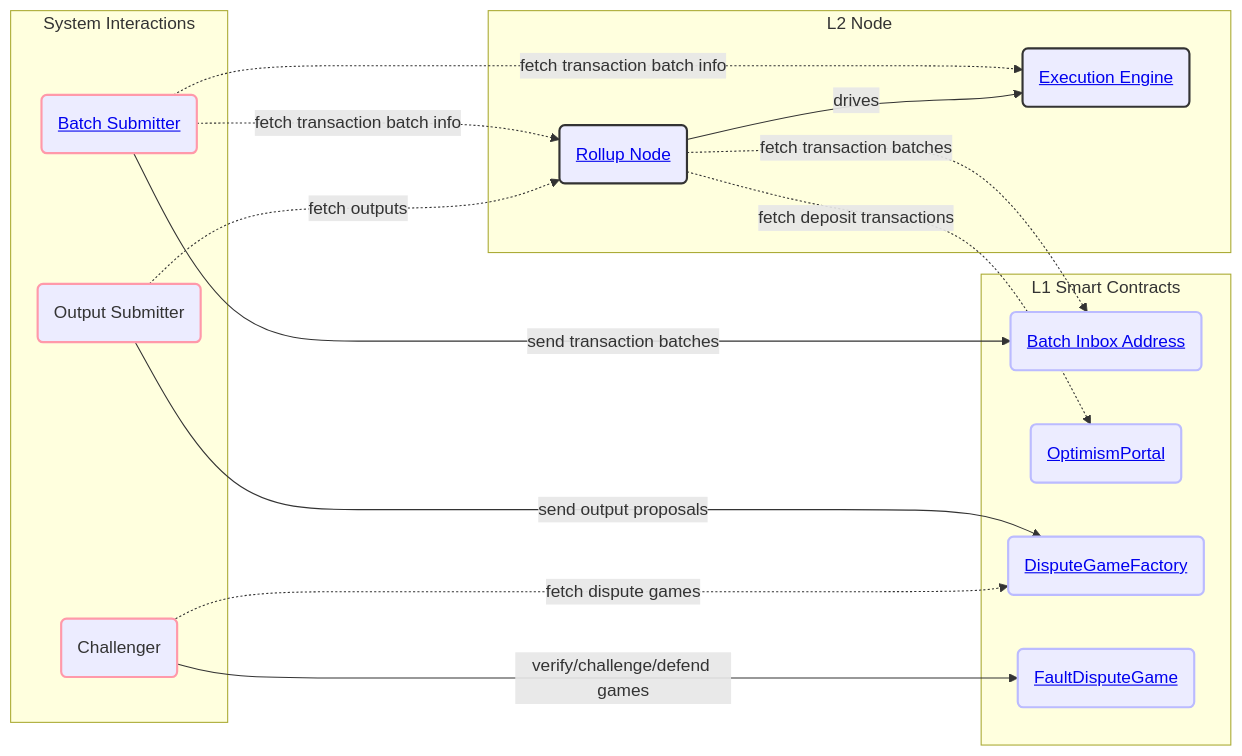
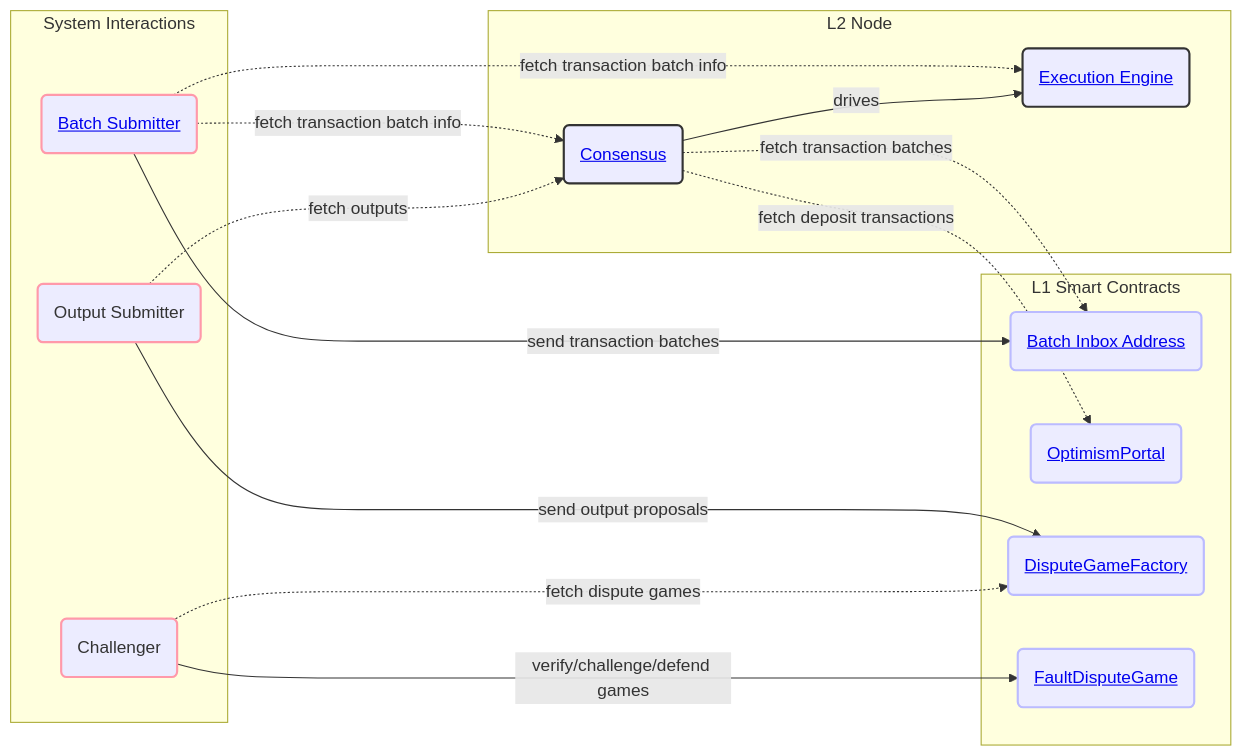
Before and after one commit to base/base: the seventh of 7 diagrams in docs/specs/pages/protocol/overview.md, drawn with Mermaid. The commit also changed other lines of this file and 81 other files, not shown here.

````diff
--- a/docs/specs/pages/protocol/overview.md
+++ b/docs/specs/pages/protocol/overview.md
@@ -409,42 +409,42 @@
 ```mermaid
 graph LR
     subgraph "L2 Node"
-        RollupNode(<a href="./rollup-node.html">Rollup Node</a>)
+        RollupNode(<a href="./consensus/">Consensus</a>)
         ExecutionEngine(<a href="./exec-engine.html">Execution Engine</a>)
     end
 
     subgraph "System Interactions"
         BatchSubmitter(<a href="./batcher.html">Batch Submitter</a>)
         OutputSubmitter(Output Submitter)
         Challenger(Challenger)
     end
 
     subgraph "L1 Smart Contracts"
-        BatchDataEOA(<a href="../glossary.html#batcher-transaction">Batch Inbox Address</a>)
+        BatchDataEOA(<a href="../reference/glossary.html#batcher-transaction">Batch Inbox Address</a>)
         OptimismPortal(<a href="./withdrawals.html#the-optimism-portal-contract">OptimismPortal</a>)
-        DisputeGameFactory(<a href="../fault-proof/stage-one/dispute-game-interface.html#disputegamefactory-interface">DisputeGameFactory</a>)
-        FaultDisputeGame(<a href="../fault-proof/stage-one/fault-dispute-game.html">FaultDisputeGame</a>)
+        DisputeGameFactory(<a href="./fault-proof/stage-one/dispute-game-interface.html#disputegamefactory-interface">DisputeGameFactory</a>)
+        FaultDisputeGame(<a href="./fault-proof/stage-one/fault-dispute-game.html">FaultDisputeGame</a>)
     end
 
     BatchSubmitter -.->|fetch transaction batch info| RollupNode
     BatchSubmitter -.->|fetch transaction batch info| ExecutionEngine
     BatchSubmitter -->|send transaction batches| BatchDataEOA
 
     RollupNode -.->|fetch transaction batches| BatchDataEOA
     RollupNode -.->|fetch deposit transactions| OptimismPortal
     RollupNode -->|drives| ExecutionEngine
 
     OutputSubmitter -.->|fetch outputs| RollupNode
     OutputSubmitter -->|send output proposals| DisputeGameFactory
 
     Challenger -.->|fetch dispute games| DisputeGameFactory
     Challenger -->|verify/challenge/defend games| FaultDisputeGame
 
     classDef l2Components stroke:#333,stroke-width:2px;
     classDef systemUser stroke:#f9a,stroke-width:2px;
     classDef l1Contracts stroke:#bbf,stroke-width:2px;
 
     class RollupNode,ExecutionEngine l2Components;
     class BatchSubmitter,OutputSubmitter,Challenger systemUser;
     class BatchDataEOA,OptimismPortal,DisputeGameFactory,FaultDisputeGame l1Contracts;
 ```
````
